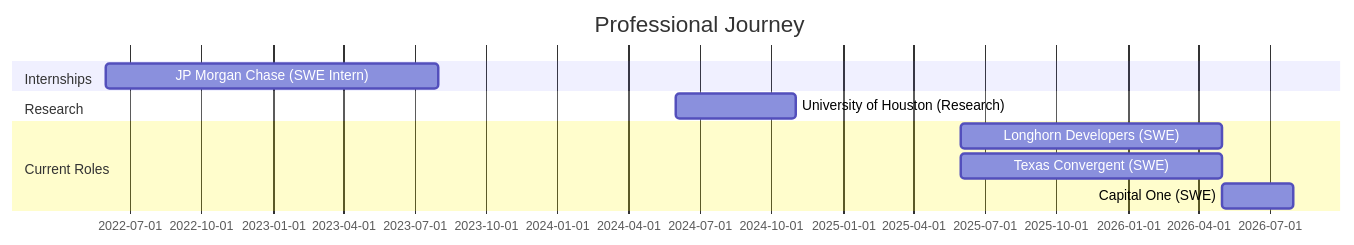
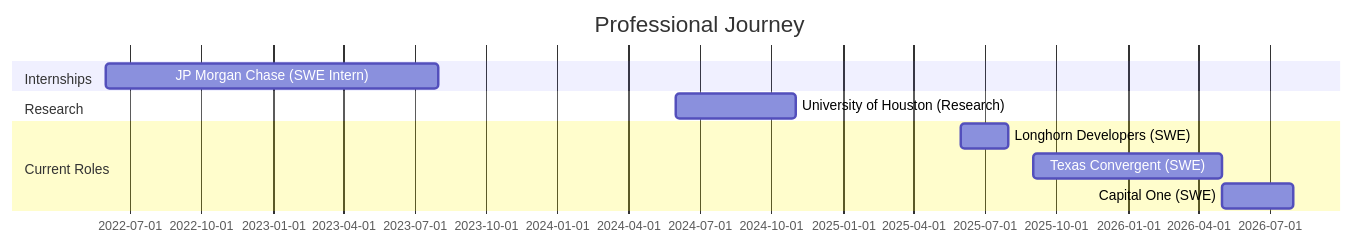
Before and after one commit to ChetanGorantla/ChetanGorantla: the diagram in README.md, drawn with Mermaid. The commit also changed other lines of this file, not shown here.

````diff
--- a/README.md
+++ b/README.md
@@ -80,13 +83,13 @@
 ```mermaid
 gantt
     title Professional Journey
     dateFormat YYYY-MM
     section Internships
     JP Morgan Chase (SWE Intern)        :2022-06, 2023-08
     section Research
     University of Houston (Research)    :2024-06, 2024-11
     section Current Roles
-    Longhorn Developers (SWE)           :2025-06, 2026-05
-    Texas Convergent (SWE)              :2025-06, 2026-05
+    Longhorn Developers (SWE)           :2025-06, 2025-08
+    Texas Convergent (SWE)              :2025-09, 2026-05
     Capital One (SWE)                   :2026-05, 2026-08
 ```
````
